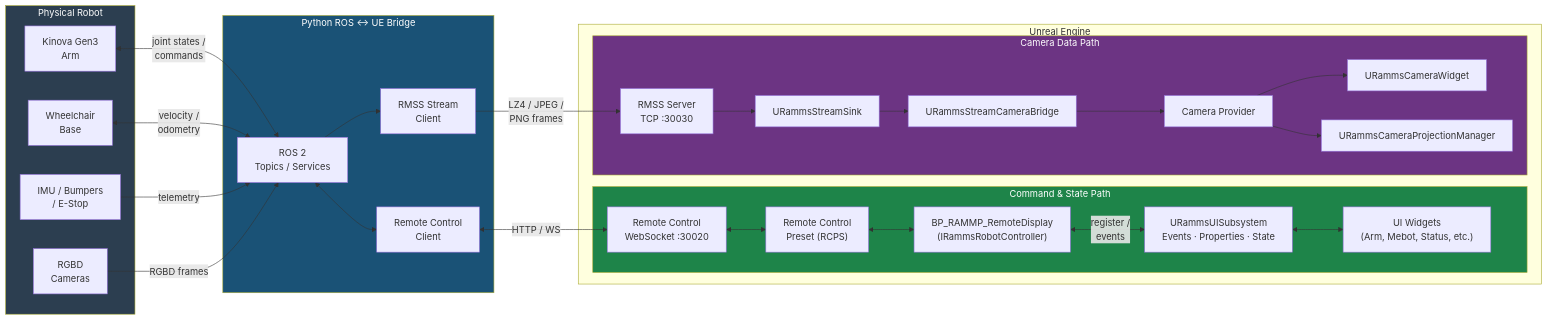
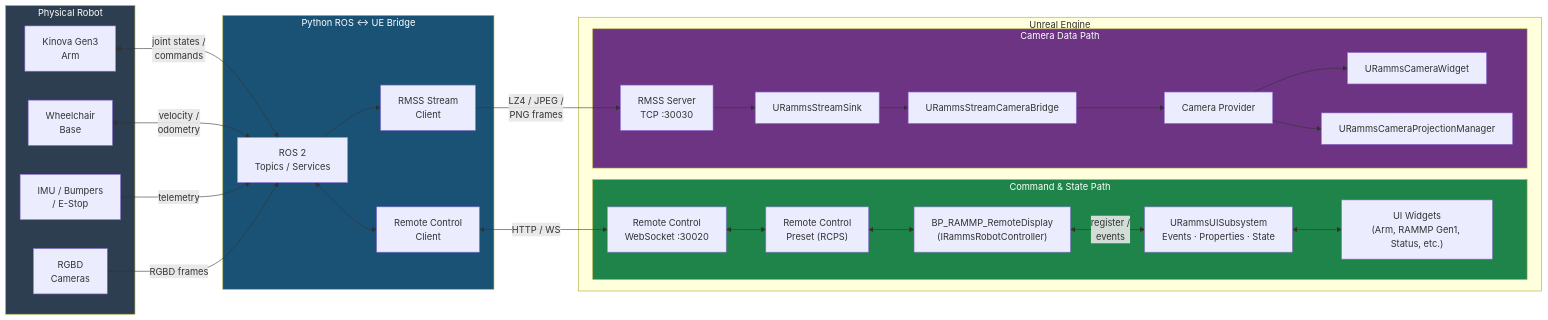
One commit to rammp-org/rammp-ui changed the second of 3 diagrams in README.md. Above: the diagram before and after it, drawn with Mermaid. The commit also changed other lines of this file and 8 other files, not shown here.

First line of the commit message:
UE 5.8 and RAMMP Gen1: current plugins; the remote display implements the renamed mode functions (#52)

````diff
--- a/README.md
+++ b/README.md
@@ -97,62 +97,62 @@
 ```mermaid
 flowchart LR
     subgraph Robot["Physical Robot"]
         Arm["Kinova Gen3<br/>Arm"]
         Base["Wheelchair<br/>Base"]
         Cameras["RGBD<br/>Cameras"]
         Sensors["IMU / Bumpers<br/>/ E-Stop"]
     end
 
     subgraph PythonBridge["Python ROS ↔ UE Bridge"]
         ROS["ROS 2<br/>Topics / Services"]
         RC_Client["Remote Control<br/>Client"]
         StreamClient["RMSS Stream<br/>Client"]
     end
 
     subgraph UE["Unreal Engine"]
         subgraph CommandPath["Command & State Path"]
             RCWS["Remote Control<br/>WebSocket :30020"]
             RCPS["Remote Control<br/>Preset (RCPS)"]
             RemoteDisp["BP_RAMMP_RemoteDisplay<br/>(IRammsRobotController)"]
             Subsystem["URammsUISubsystem<br/>Events · Properties · State"]
-            UIWidgets["UI Widgets<br/>(Arm, Mebot, Status, etc.)"]
+            UIWidgets["UI Widgets<br/>(Arm, RAMMP Gen1, Status, etc.)"]
         end
 
         subgraph CameraPath["Camera Data Path"]
             RMSS["RMSS Server<br/>TCP :30030"]
             SinkComp["URammsStreamSink"]
             BridgeComp["URammsStreamCameraBridge"]
             Provider["Camera Provider"]
             CamWidget["URammsCameraWidget"]
             ProjMgr["URammsCameraProjectionManager"]
         end
     end
 
     %% Robot to Python
     Arm <-->|"joint states /<br/>commands"| ROS
     Base <-->|"velocity /<br/>odometry"| ROS
     Sensors -->|"telemetry"| ROS
     Cameras -->|"RGBD frames"| ROS
 
     %% Python to UE — commands/state
     ROS <--> RC_Client
     RC_Client <-->|"HTTP / WS"| RCWS
     RCWS <--> RCPS
     RCPS <--> RemoteDisp
     RemoteDisp <-->|"register /<br/>events"| Subsystem
     Subsystem <--> UIWidgets
 
     %% Python to UE — camera
     ROS --> StreamClient
     StreamClient -->|"LZ4 / JPEG /<br/>PNG frames"| RMSS
     RMSS --> SinkComp
     SinkComp --> BridgeComp
     BridgeComp --> Provider
     Provider --> CamWidget
     Provider --> ProjMgr
 
     style Robot fill:#2c3e50,color:#fff
     style PythonBridge fill:#1a5276,color:#fff
     style CommandPath fill:#1e8449,color:#fff
     style CameraPath fill:#6c3483,color:#fff
 ```
````
